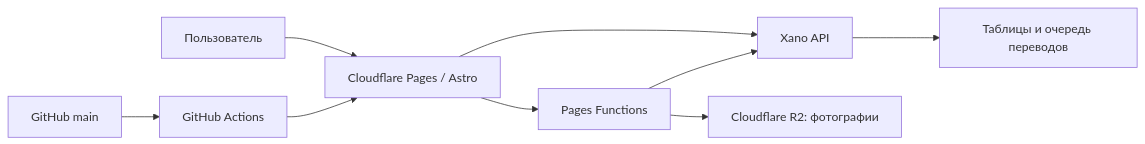
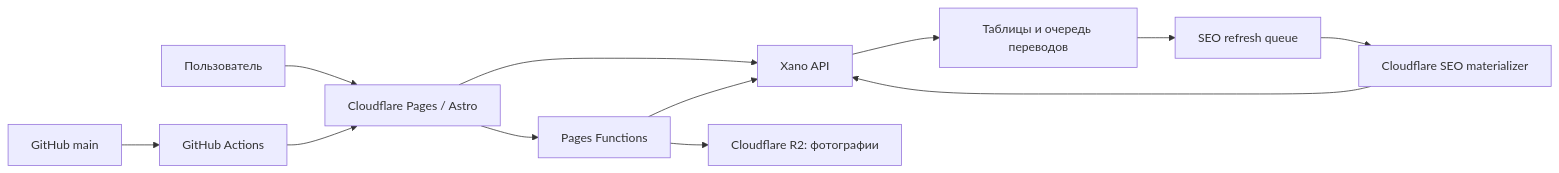
The diagram in PROJECT_STATUS_AND_ROADMAP_RU.md (DavidIvano/sitecraft-auto-market), drawn with Mermaid before and after one commit. The commit also changed other lines of this file and 50 other files, not shown here.

Commit message:
feat: ship production multilingual SEO materializer

````diff
--- a/PROJECT_STATUS_AND_ROADMAP_RU.md
+++ b/PROJECT_STATUS_AND_ROADMAP_RU.md
@@ -26,11 +26,14 @@
 ```mermaid
 flowchart LR
   U["Пользователь"] --> CF["Cloudflare Pages / Astro"]
   CF --> PF["Pages Functions"]
   CF --> X["Xano API"]
   PF --> X
   PF --> R2["Cloudflare R2: фотографии"]
   X --> TR["Таблицы и очередь переводов"]
+  TR --> SQ["SEO refresh queue"]
+  SQ --> SM["Cloudflare SEO materializer"]
+  SM --> X
   GH["GitHub main"] --> CI["GitHub Actions"]
   CI --> CF
 ```
````
